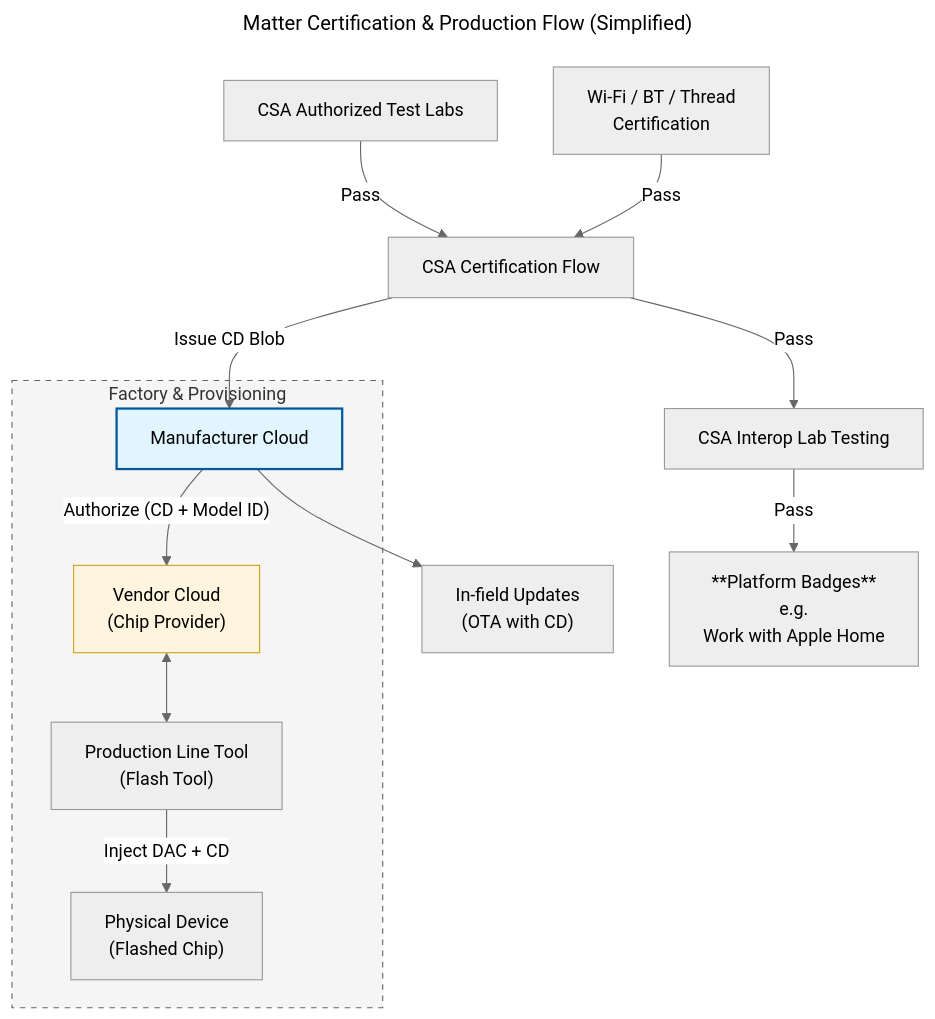
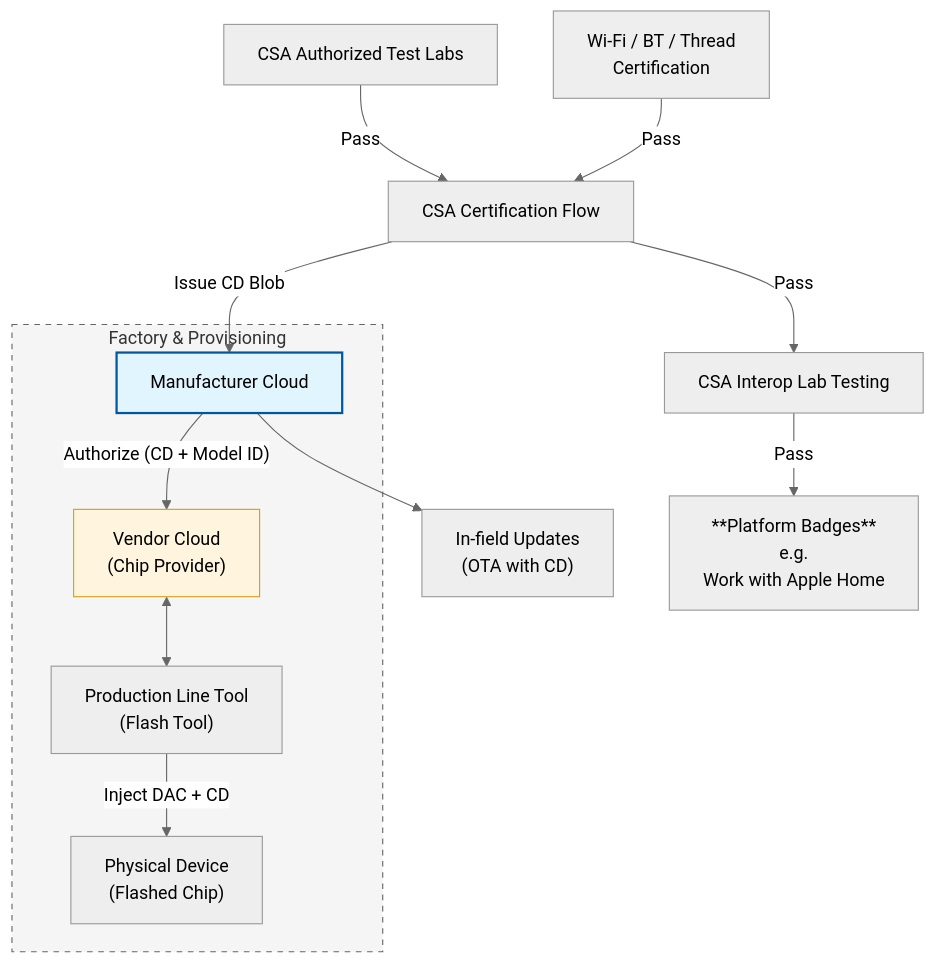
One commit to maudes/tech-notes changed the diagram in docs/blog/posts/2026-03-08-case-study-matter-brand-to-ecosystem.md. Above: the diagram before and after it, drawn with Mermaid (neutral theme). The commit also changed 1 other file, not shown here.

Commit message:
fix mermaid title issue

````diff
--- a/docs/blog/posts/2026-03-08-case-study-matter-brand-to-ecosystem.md
+++ b/docs/blog/posts/2026-03-08-case-study-matter-brand-to-ecosystem.md
@@ -66,31 +66,30 @@
  ``` mermaid
----
-title: Matter Certification & Production Flow (Simplified)
----
 graph TD
+accTitle: Matter Certification & Production Flow (Simplified)
+
     %% Certs
     ATL[CSA Authorized Test Labs] -- Pass --> CSA[CSA Certification Flow]
     Others["Wi-Fi / BT / Thread<br>Certification"] -- Pass --> CSA
     
     %% CSA certs
     CSA -- "Issue CD Blob" --> Brand["Manufacturer Cloud"]
     CSA -- Pass --> Plat[CSA Interop Lab Testing]
     
     %% Production line
     subgraph Factory_Process["Factory & Provisioning"]
         Brand -- "Authorize (CD + Model ID)" --> VC["Vendor Cloud<br>(Chip Provider)"]
         VC <--> FL["Production Line Tool<br>(Flash Tool)"]
         
         FL -- "Inject DAC + CD" --> Device["Physical Device<br>(Flashed Chip)"]
     end
     
     %% Platform side
     Brand --> PP2["In-field Updates<br>(OTA with CD)"]
     Plat -- Pass --> Badge["**Platform Badges**<br>e.g.<br> Work with Apple Home"]
 
     %% Style
     style Brand fill:#e1f5fe,stroke:#01579b,stroke-width:2px
     style VC fill:#fff4dd,stroke:#d4a017
     style Factory_Process fill:#f5f5f5,stroke:#666,stroke-dasharray: 5 5
   
  ```
````
